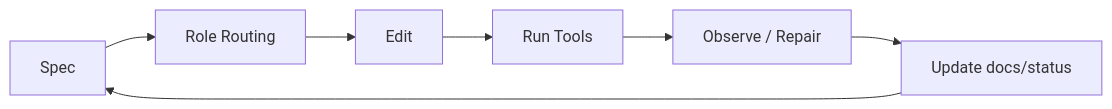
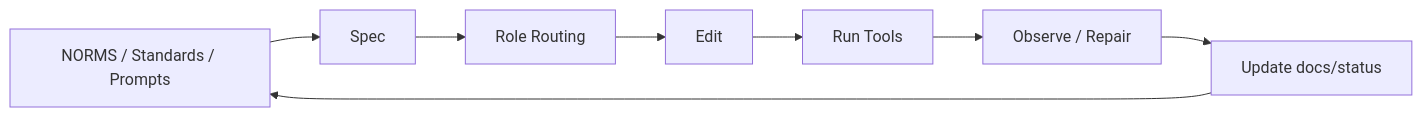
One commit to ClaudioL888/generalrule changed the diagram in README.md. Above: the diagram before and after it, drawn with Mermaid. The commit also changed other lines of this file and 7 other files, not shown here.

````diff
--- a/README.md
+++ b/README.md
@@ -9,9 +9,10 @@
 ```mermaid
 flowchart LR
-  A["Spec"] --> B["Role Routing"]
-  B --> C["Edit"]
-  C --> D["Run Tools"]
-  D --> E["Observe / Repair"]
-  E --> F["Update docs/status"]
-  F --> A
+  A["NORMS / Standards / Prompts"] --> B["Spec"]
+  B --> C["Role Routing"]
+  C --> D["Edit"]
+  D --> E["Run Tools"]
+  E --> F["Observe / Repair"]
+  F --> G["Update docs/status"]
+  G --> A
 ```
````
